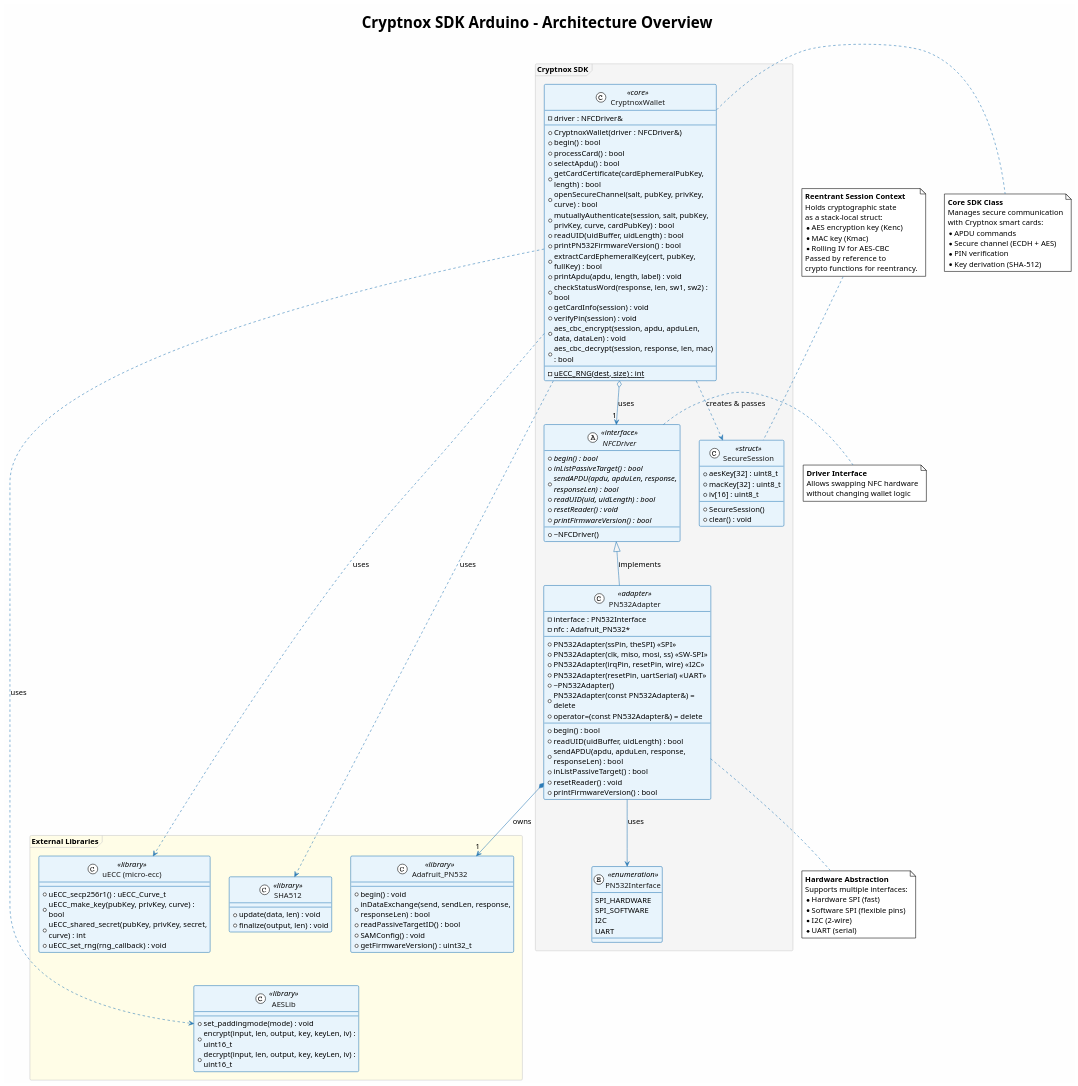
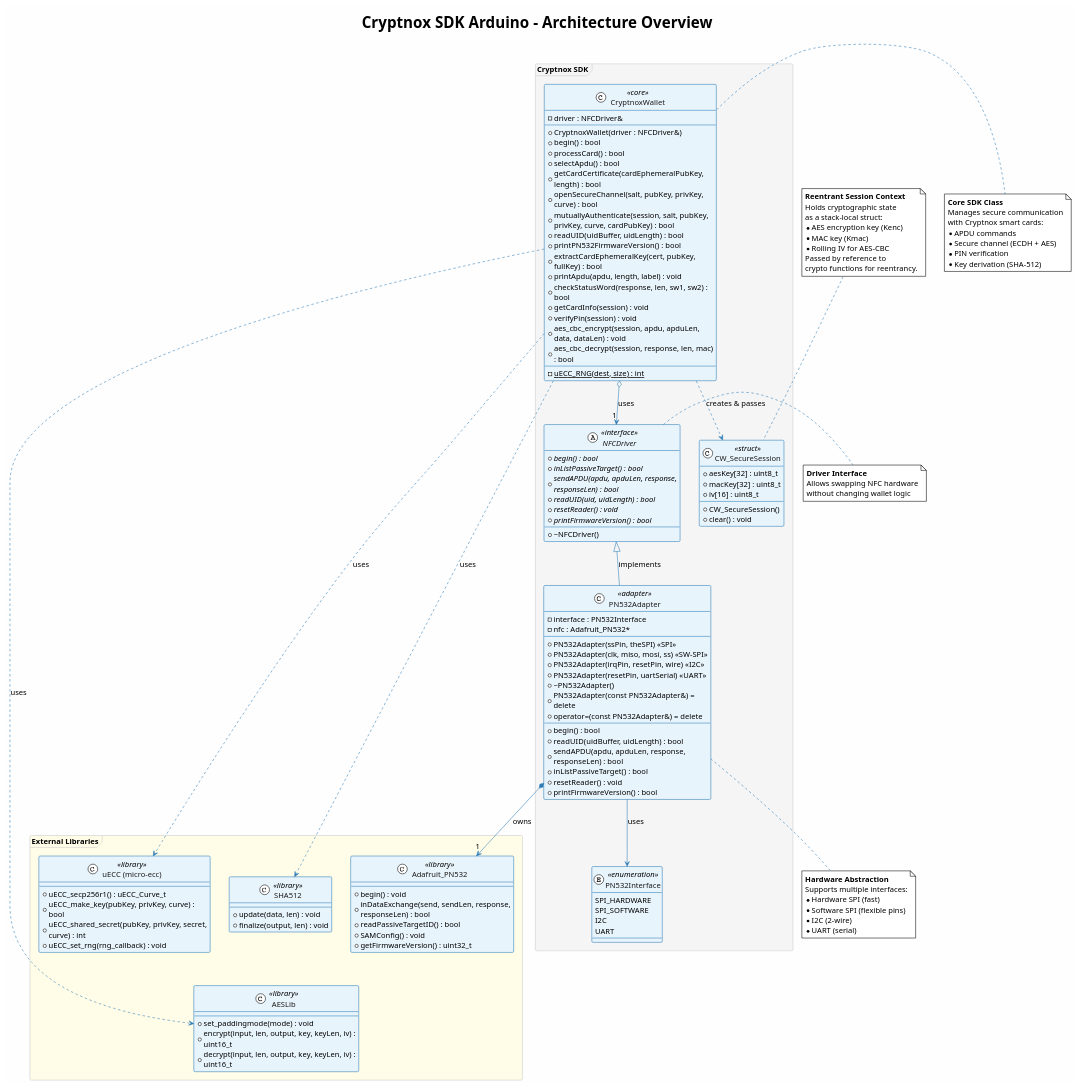
The diagram in docs/architecture/overview.puml (embarquech/cryptnox-sdk-arduino), drawn with PlantUML before and after one commit. The commit also changed 2 other files, not shown here.

Commit message:
Renamed struct, defined variables and added presentations

```diff
--- a/docs/architecture/overview.puml
+++ b/docs/architecture/overview.puml
@@ -1,189 +1,189 @@
 @startuml Cryptnox SDK Arduino Architecture
 
 !theme plain
 scale 1.5
 
 skinparam backgroundColor #FEFEFE
 skinparam classBackgroundColor #E8F4FC
 skinparam classBorderColor #2C7BB6
 skinparam classFontColor #1A1A1A
 skinparam classFontSize 16
 skinparam classAttributeFontSize 14
 skinparam stereotypeFontColor #666666
 skinparam stereotypeFontSize 14
 skinparam arrowColor #2C7BB6
 skinparam arrowFontSize 14
 skinparam packageBackgroundColor #F5F5F5
 skinparam packageBorderColor #CCCCCC
 skinparam packageFontSize 18
 skinparam noteFontSize 14
 skinparam titleFontSize 24
 skinparam defaultFontName "Segoe UI"
 skinparam defaultFontSize 14
 skinparam wrapWidth 300
 
 title <size:28>Cryptnox SDK Arduino - Architecture Overview</size>
 
 ' ============================================
 ' PACKAGES
 ' ============================================
 
 package "Cryptnox SDK" <<Frame>> {
 
     abstract class NFCDriver <<interface>> {
         + {abstract} begin() : bool
         + {abstract} inListPassiveTarget() : bool
         + {abstract} sendAPDU(apdu, apduLen, response, responseLen) : bool
         + {abstract} readUID(uid, uidLength) : bool
         + {abstract} resetReader() : void
         + {abstract} printFirmwareVersion() : bool
         --
         + ~NFCDriver()
     }
 
-    class SecureSession <<struct>> {
+    class CW_SecureSession <<struct>> {
         + aesKey[32] : uint8_t
         + macKey[32] : uint8_t
         + iv[16] : uint8_t
         --
-        + SecureSession()
+        + CW_SecureSession()
         + clear() : void
     }
 
     class CryptnoxWallet <<core>> {
         - driver : NFCDriver&
         --
         + CryptnoxWallet(driver : NFCDriver&)
         + begin() : bool
         + processCard() : bool
         + selectApdu() : bool
         + getCardCertificate(cardEphemeralPubKey, length) : bool
         + openSecureChannel(salt, pubKey, privKey, curve) : bool
         + mutuallyAuthenticate(session, salt, pubKey, privKey, curve, cardPubKey) : bool
         + readUID(uidBuffer, uidLength) : bool
         + printPN532FirmwareVersion() : bool
         + extractCardEphemeralKey(cert, pubKey, fullKey) : bool
         + printApdu(apdu, length, label) : void
         + checkStatusWord(response, len, sw1, sw2) : bool
         + getCardInfo(session) : void
         + verifyPin(session) : void
         + aes_cbc_encrypt(session, apdu, apduLen, data, dataLen) : void
         + aes_cbc_decrypt(session, response, len, mac) : bool
         --
         - {static} uECC_RNG(dest, size) : int
     }
 
     enum PN532Interface <<enumeration>> {
         SPI_HARDWARE
         SPI_SOFTWARE
         I2C
         UART
     }
 
     class PN532Adapter <<adapter>> {
         - interface : PN532Interface
         - nfc : Adafruit_PN532*
         --
         + PN532Adapter(ssPin, theSPI) <<SPI>>
         + PN532Adapter(clk, miso, mosi, ss) <<SW-SPI>>
         + PN532Adapter(irqPin, resetPin, wire) <<I2C>>
         + PN532Adapter(resetPin, uartSerial) <<UART>>
         + ~PN532Adapter()
         + PN532Adapter(const PN532Adapter&) = delete
         + operator=(const PN532Adapter&) = delete
         --
         + begin() : bool
         + readUID(uidBuffer, uidLength) : bool
         + sendAPDU(apdu, apduLen, response, responseLen) : bool
         + inListPassiveTarget() : bool
         + resetReader() : void
         + printFirmwareVersion() : bool
     }
 }
 
 package "External Libraries" <<Frame>> #FFFDE7 {
     
     class Adafruit_PN532 <<library>> {
         + begin() : void
         + inDataExchange(send, sendLen, response, responseLen) : bool
         + readPassiveTargetID() : bool
         + SAMConfig() : void
         + getFirmwareVersion() : uint32_t
     }
     
     class AESLib <<library>> {
         + set_paddingmode(mode) : void
         + encrypt(input, len, output, key, keyLen, iv) : uint16_t
         + decrypt(input, len, output, key, keyLen, iv) : uint16_t
     }
     
     class "uECC (micro-ecc)" as uECC <<library>> {
         + uECC_secp256r1() : uECC_Curve_t
         + uECC_make_key(pubKey, privKey, curve) : bool
         + uECC_shared_secret(pubKey, privKey, secret, curve) : int
         + uECC_set_rng(rng_callback) : void
     }
 
     class SHA512 <<library>> {
         + update(data, len) : void
         + finalize(output, len) : void
     }
 }
 
 ' ============================================
 ' RELATIONSHIPS
 ' ============================================
 
 NFCDriver <|-- PN532Adapter : implements
 CryptnoxWallet o--> "1" NFCDriver : uses
-CryptnoxWallet ..> SecureSession : "creates & passes"
+CryptnoxWallet ..> CW_SecureSession : "creates & passes"
 PN532Adapter --> PN532Interface : uses
 PN532Adapter *--> "1" Adafruit_PN532 : owns
 
 CryptnoxWallet ..> AESLib : uses
 CryptnoxWallet ..> uECC : uses
 CryptnoxWallet ..> SHA512 : uses
 
 Adafruit_PN532 -[hidden]- AESLib
 
 ' ============================================
 ' NOTES
 ' ============================================
 
 note right of CryptnoxWallet
   **Core SDK Class**
   Manages secure communication
   with Cryptnox smart cards:
   * APDU commands
   * Secure channel (ECDH + AES)
   * PIN verification
   * Key derivation (SHA-512)
 end note
 
-note top of SecureSession
+note top of CW_SecureSession
   **Reentrant Session Context**
   Holds cryptographic state
   as a stack-local struct:
   * AES encryption key (Kenc)
   * MAC key (Kmac)
   * Rolling IV for AES-CBC
   Passed by reference to
   crypto functions for reentrancy.
 end note
 
 note bottom of PN532Adapter
   **Hardware Abstraction**
   Supports multiple interfaces:
   * Hardware SPI (fast)
   * Software SPI (flexible pins)
   * I2C (2-wire)
   * UART (serial)
 end note
 
 note right of NFCDriver
   **Driver Interface**
   Allows swapping NFC hardware
   without changing wallet logic
 end note
 
 @enduml
```
